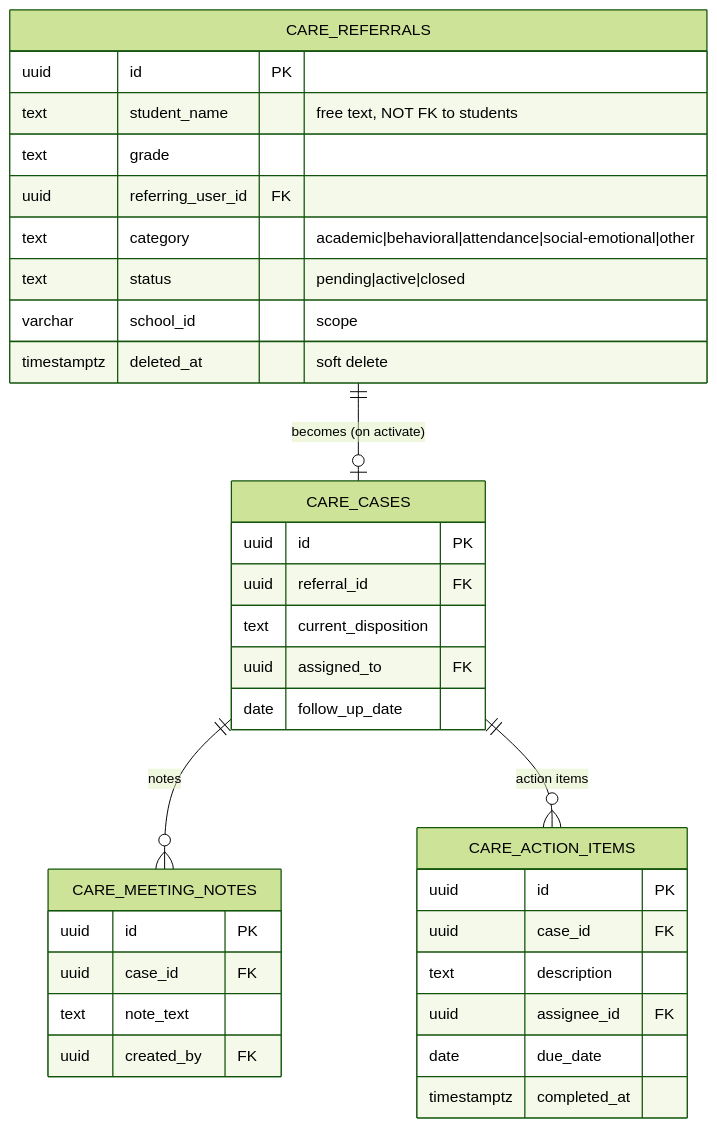
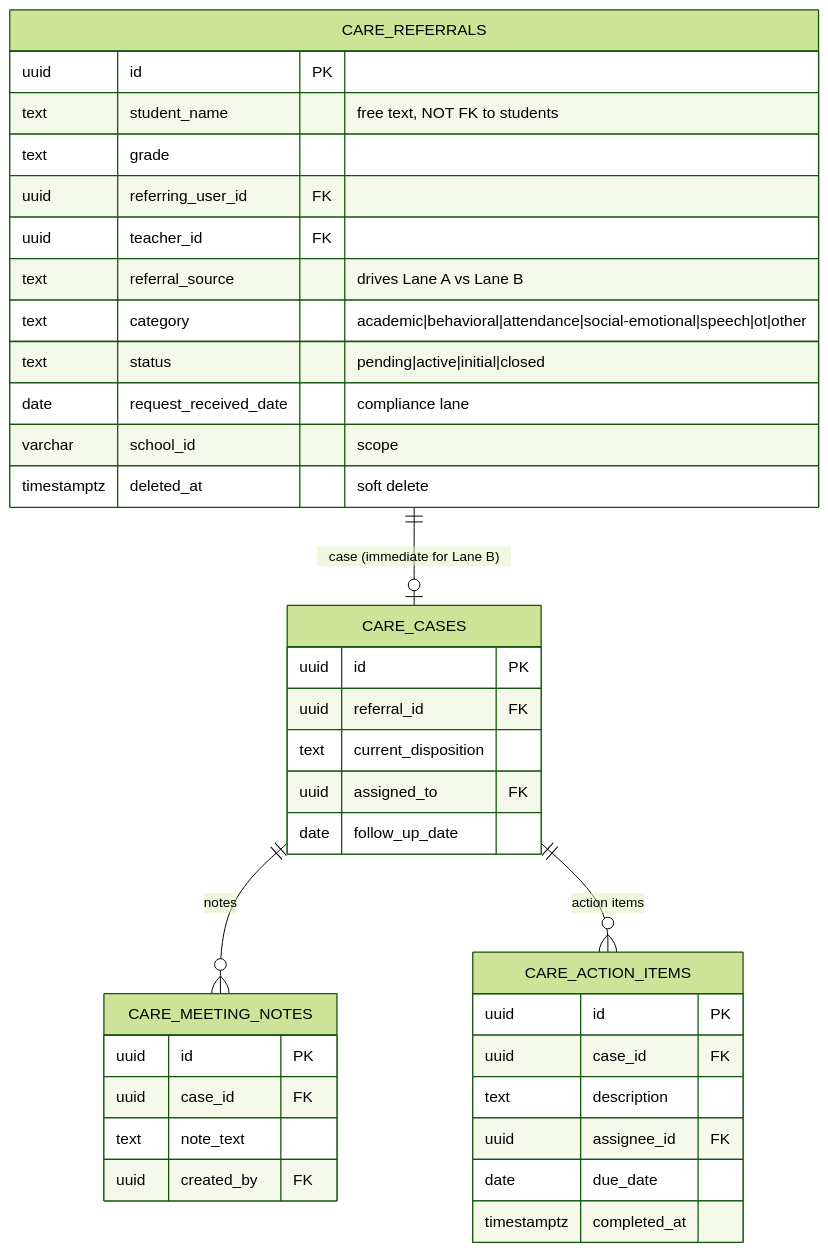
The seventh of 7 diagrams in docs/ARCHITECTURE.md (bstewart2255/speddy), drawn with Mermaid (forest theme) before and after one commit. The commit also changed other lines of this file, not shown here.

First line of the commit message:
docs: correct must_change_password + CARE schema per PR review

````diff
--- a/docs/ARCHITECTURE.md
+++ b/docs/ARCHITECTURE.md
@@ -450,38 +459,41 @@
 ```mermaid
 erDiagram
-    CARE_REFERRALS    ||--o| CARE_CASES         : "becomes (on activate)"
+    CARE_REFERRALS    ||--o| CARE_CASES         : "case (immediate for Lane B)"
     CARE_CASES        ||--o{ CARE_MEETING_NOTES : "notes"
     CARE_CASES        ||--o{ CARE_ACTION_ITEMS  : "action items"
 
     CARE_REFERRALS {
         uuid id PK
         text student_name "free text, NOT FK to students"
         text grade
         uuid referring_user_id FK
-        text category "academic|behavioral|attendance|social-emotional|other"
-        text status "pending|active|closed"
+        uuid teacher_id FK
+        text referral_source "drives Lane A vs Lane B"
+        text category "academic|behavioral|attendance|social-emotional|speech|ot|other"
+        text status "pending|active|initial|closed"
+        date request_received_date "compliance lane"
         varchar school_id "scope"
         timestamptz deleted_at "soft delete"
     }
     CARE_CASES {
         uuid id PK
         uuid referral_id FK
         text current_disposition
         uuid assigned_to FK
         date follow_up_date
     }
     CARE_MEETING_NOTES {
         uuid id PK
         uuid case_id FK
         text note_text
         uuid created_by FK
     }
     CARE_ACTION_ITEMS {
         uuid id PK
         uuid case_id FK
         text description
         uuid assignee_id FK
         date due_date
         timestamptz completed_at
     }
 ```
````
